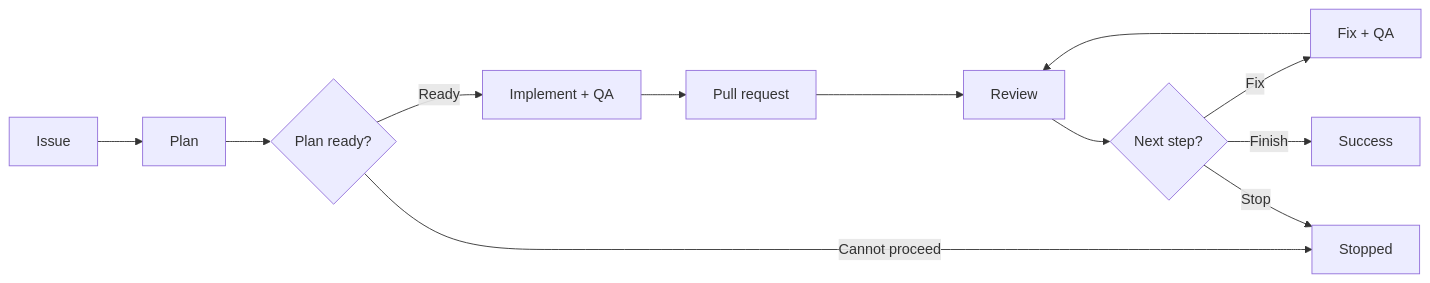
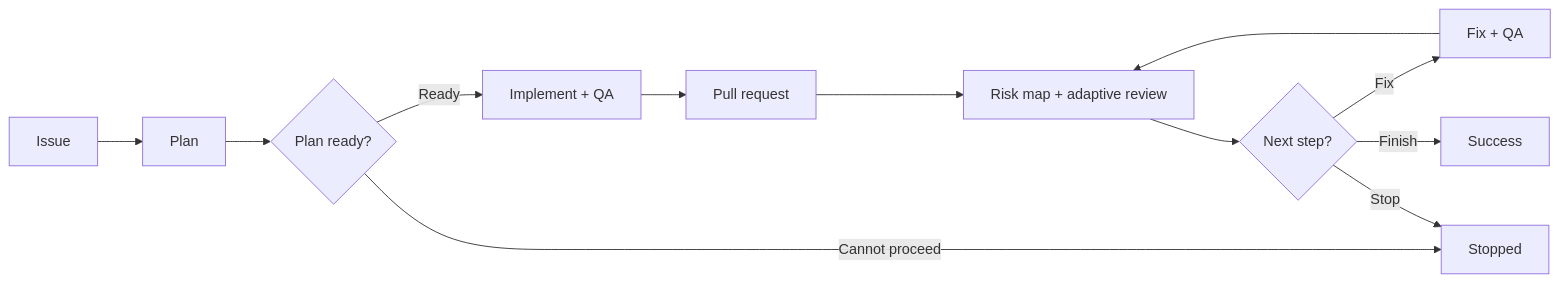
One commit to dceoy/pr-loop changed the diagram in README.md. Above: the diagram before and after it, drawn with Mermaid. The commit also changed other lines of this file and 4 other files, not shown here.

First line of the commit message:
Make PR reviewer selection adaptive to change risk (#7)

````diff
--- a/README.md
+++ b/README.md
@@ -11,12 +11,12 @@
 ```mermaid
 flowchart LR
   I[Issue] --> P[Plan] --> Q{Plan ready?}
   Q -->|Ready| M[Implement + QA] --> PR[Pull request]
   Q -->|Cannot proceed| T[Stopped]
 
-  PR --> R[Review] --> N{Next step?}
+  PR --> R[Risk map + adaptive review] --> N{Next step?}
   N -->|Fix| X[Fix + QA]
   X --> R
   N -->|Stop| T
   N -->|Finish| S[Success]
 ```
````
